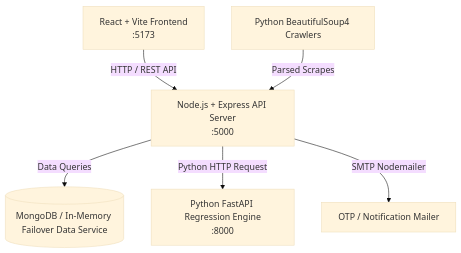
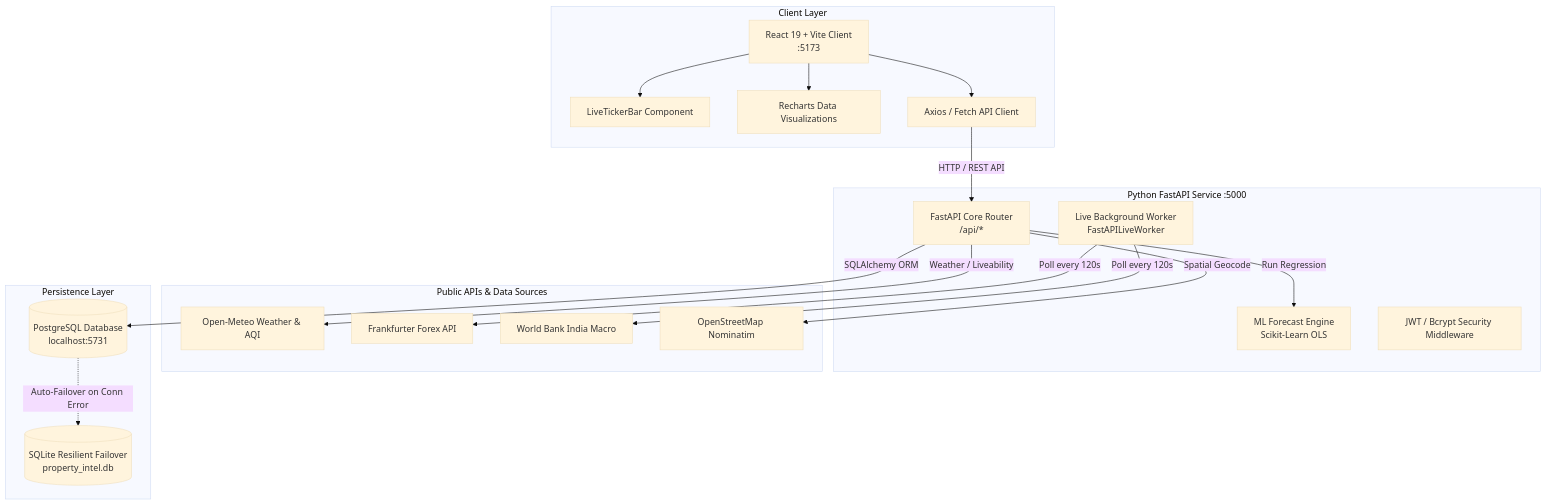
Before and after one commit to kunjadiyaherin/RE: the first of 2 diagrams in README.md, drawn with Mermaid (base theme). The commit also changed other lines of this file and 1 other file, not shown here.

Commit message:
docs: update README.md to reflect FastAPI backend, live public APIs, and dual-engine DB

````diff
--- a/README.md
+++ b/README.md
@@ -61,8 +88,37 @@
 ```mermaid
 graph TD
-    Client[React + Vite Frontend\n:5173] -->|HTTP / REST API| Backend[Node.js + Express API Server\n:5000]
-    Backend -->|Data Queries| DB[(MongoDB / In-Memory Failover Data Service)]
-    Backend -->|Python HTTP Request| AIService[Python FastAPI Regression Engine\n:8000]
-    Collector[Python BeautifulSoup4 Crawlers] -->|Parsed Scrapes| Backend
-    Backend -->|SMTP Nodemailer| EmailService[OTP / Notification Mailer]
+    subgraph Client Layer
+        A[React 19 + Vite Client\n:5173]
+        A --> B[LiveTickerBar Component]
+        A --> C[Recharts Data Visualizations]
+        A --> D[Axios / Fetch API Client]
+    end
+
+    subgraph Backend API [Python FastAPI Service :5000]
+        E[FastAPI Core Router\n/api/*]
+        F[Live Background Worker\nFastAPILiveWorker]
+        G[ML Forecast Engine\nScikit-Learn OLS]
+        H[JWT / Bcrypt Security Middleware]
+    end
+
+    subgraph Public APIs & Data Sources
+        P1[Open-Meteo Weather & AQI]
+        P2[Frankfurter Forex API]
+        P3[World Bank India Macro]
+        P4[OpenStreetMap Nominatim]
+    end
+
+    subgraph Persistence Layer
+        DB1[(PostgreSQL Database\nlocalhost:5731)]
+        DB2[(SQLite Resilient Failover\nproperty_intel.db)]
+    end
+
+    D -->|HTTP / REST API| E
+    F -->|Poll every 120s| P2
+    F -->|Poll every 120s| P3
+    E -->|Spatial Geocode| P4
+    E -->|Weather / Liveability| P1
+    E -->|Run Regression| G
+    E -->|SQLAlchemy ORM| DB1
+    DB1 -.->|Auto-Failover on Conn Error| DB2
 ```
````
